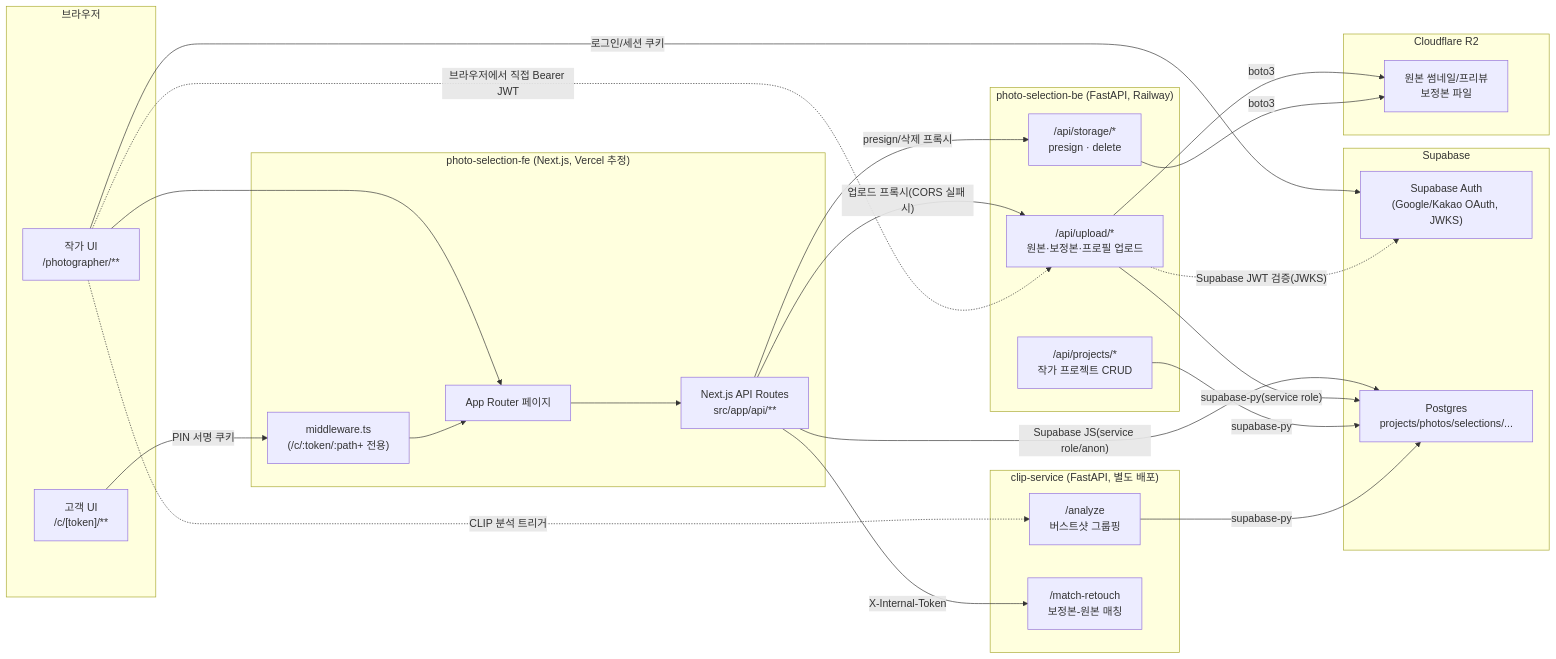
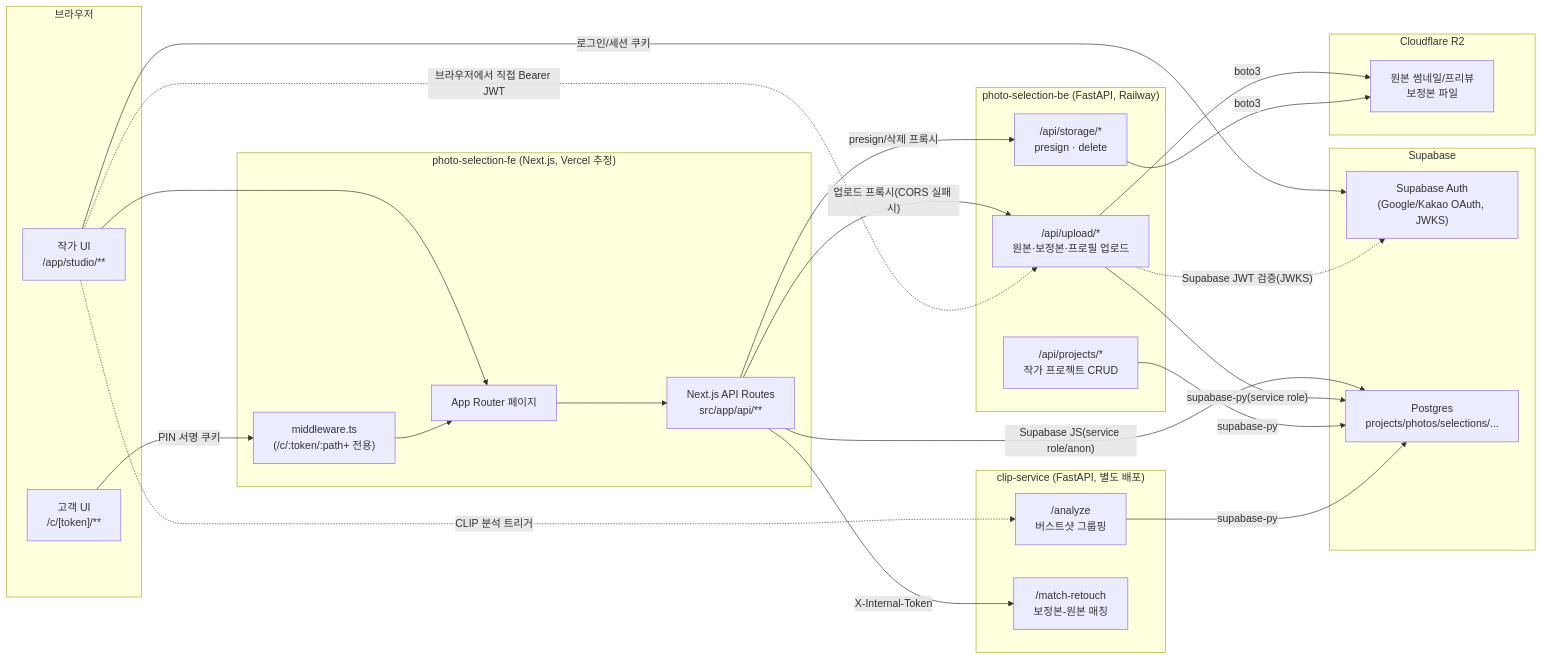
Before and after one commit to iamsonghee/photo-selection-fe: the first of 3 diagrams in docs/architecture.md, drawn with Mermaid. The commit also changed other lines of this file and 237 other files, not shown here.

````diff
--- a/docs/architecture.md
+++ b/docs/architecture.md
@@ -172,51 +176,51 @@
 ```mermaid
 flowchart LR
     subgraph Client["브라우저"]
-        Photographer["작가 UI\n/photographer/**"]
+        Photographer["작가 UI\n/app/studio/**"]
         Customer["고객 UI\n/c/[token]/**"]
     end
 
     subgraph FE["photo-selection-fe (Next.js, Vercel 추정)"]
         Pages["App Router 페이지"]
         ApiRoutes["Next.js API Routes\nsrc/app/api/**"]
         Middleware["middleware.ts\n(/c/:token/:path+ 전용)"]
     end
 
     subgraph BE["photo-selection-be (FastAPI, Railway)"]
         Upload["/api/upload/*\n원본·보정본·프로필 업로드"]
         Storage["/api/storage/*\npresign · delete"]
         Projects["/api/projects/*\n작가 프로젝트 CRUD"]
     end
 
     subgraph CLIP["clip-service (FastAPI, 별도 배포)"]
         Analyze["/analyze\n버스트샷 그룹핑"]
         Match["/match-retouch\n보정본-원본 매칭"]
     end
 
     subgraph Supabase["Supabase"]
         Auth["Supabase Auth\n(Google/Kakao OAuth, JWKS)"]
         DB["Postgres\nprojects/photos/selections/..."]
     end
 
     subgraph R2["Cloudflare R2"]
         Objects["원본 썸네일/프리뷰\n보정본 파일"]
     end
 
     Photographer -->|"로그인/세션 쿠키"| Auth
     Photographer --> Pages
     Customer -->|"PIN 서명 쿠키"| Middleware
     Middleware --> Pages
     Pages --> ApiRoutes
     ApiRoutes -->|"Supabase JS(service role/anon)"| DB
     ApiRoutes -->|"presign/삭제 프록시"| Storage
     ApiRoutes -->|"업로드 프록시(CORS 실패 시)"| Upload
     Photographer -.->|"브라우저에서 직접 Bearer JWT"| Upload
     Photographer -.->|"CLIP 분석 트리거"| Analyze
     ApiRoutes -->|"X-Internal-Token"| Match
     Upload -->|"boto3"| Objects
     Storage -->|"boto3"| Objects
     Upload -->|"supabase-py(service role)"| DB
     Projects -->|"supabase-py"| DB
     Analyze -->|"supabase-py"| DB
     Upload -.->|"Supabase JWT 검증(JWKS)"| Auth
 ```
````
